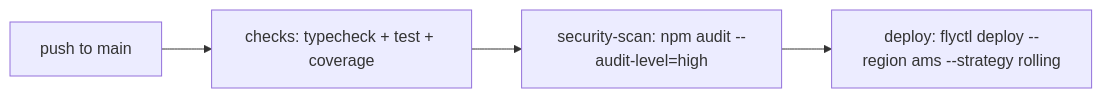
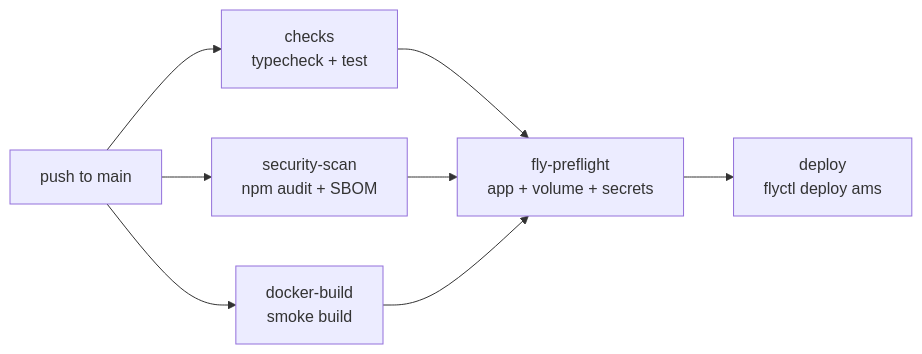
One commit to kakashi3lite/kyc-copilot changed the second of 2 diagrams in README.md. Above: the diagram before and after it, drawn with Mermaid. The commit also changed other lines of this file and 1 other file, not shown here.

Commit message:
docs(readme): consolidate redundant compliance tables, document O(1) auth + Lua rate-limit + SBOM + ephemeral PR + LLM mock

````diff
--- a/README.md
+++ b/README.md
@@ -254,7 +184,13 @@
 ```mermaid
 flowchart LR
   push[push to main] --> checks
-  checks[checks: typecheck + test + coverage] --> sast
-  sast[security-scan: npm audit --audit-level=high] --> deploy
-  deploy[deploy: flyctl deploy --region ams --strategy rolling]
+  push --> sast
+  push --> docker
+  checks & sast & docker --> preflight
+  preflight --> deploy
+  checks[checks<br/>typecheck + test]
+  sast[security-scan<br/>npm audit + SBOM]
+  docker[docker-build<br/>smoke build]
+  preflight[fly-preflight<br/>app + volume + secrets]
+  deploy[deploy<br/>flyctl deploy ams]
 ```
````
